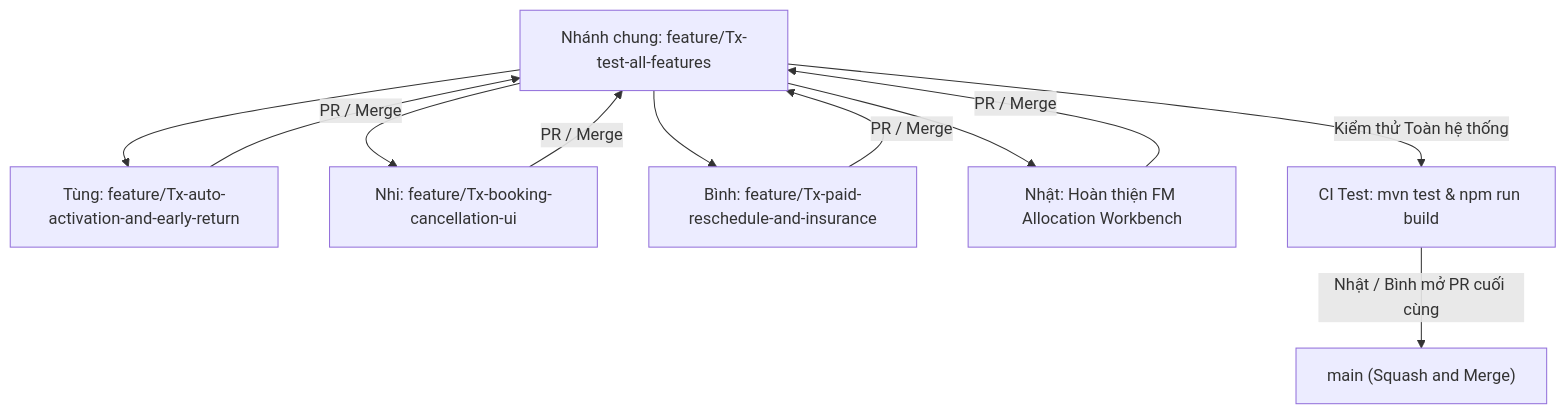
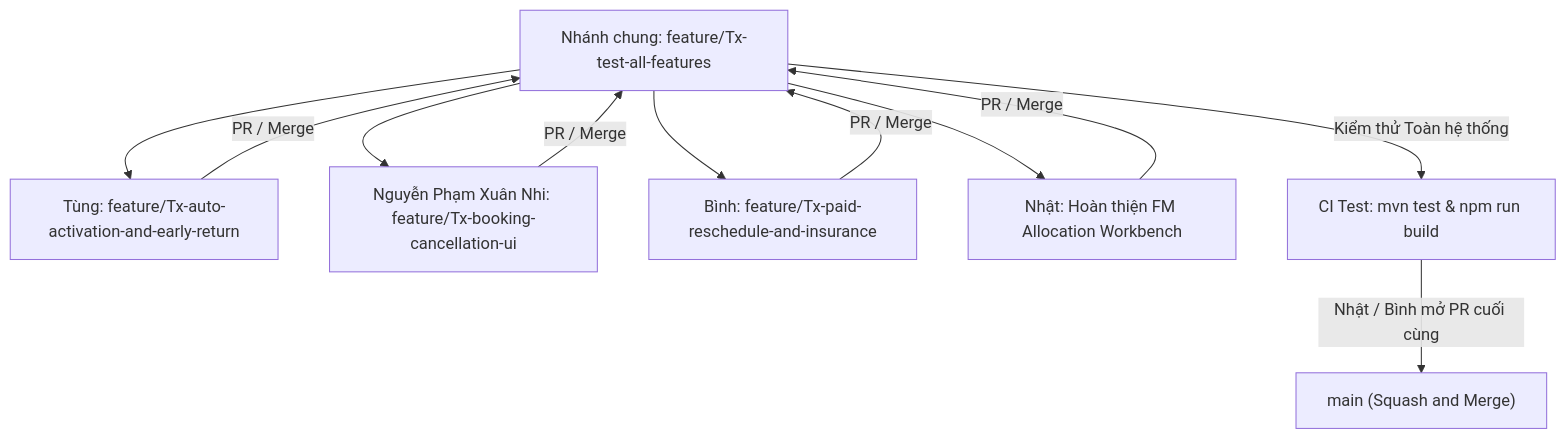
The diagram in docs/TASK-ASSIGNMENT-6-PILLARS.md (Nguyen-Van-Gia-Binh/Self-Storage-Facility-Rental-and-Management-System), drawn with Mermaid before and after one commit. The commit also changed other lines of this file and 1 other file, not shown here.

Commit message:
docs: chuẩn hóa họ tên Nguyễn Phạm Xuân Nhi trong kế hoạch 6 trụ cột (#268)

````diff
--- a/docs/TASK-ASSIGNMENT-6-PILLARS.md
+++ b/docs/TASK-ASSIGNMENT-6-PILLARS.md
@@ -15,15 +15,15 @@
 ```mermaid
 flowchart TD
     Base["Nhánh chung: feature/Tx-test-all-features"] --> BranchTung["Tùng: feature/Tx-auto-activation-and-early-return"]
-    Base --> BranchNhi["Nhi: feature/Tx-booking-cancellation-ui"]
+    Base --> BranchNhi["Nguyễn Phạm Xuân Nhi: feature/Tx-booking-cancellation-ui"]
     Base --> BranchBinh["Bình: feature/Tx-paid-reschedule-and-insurance"]
     Base --> BranchNhat["Nhật: Hoàn thiện FM Allocation Workbench"]
 
     BranchTung -->|PR / Merge| Base
     BranchNhi -->|PR / Merge| Base
     BranchBinh -->|PR / Merge| Base
     BranchNhat -->|PR / Merge| Base
 
     Base -->|Kiểm thử Toàn hệ thống| CI["CI Test: mvn test & npm run build"]
     CI -->|Nhật / Bình mở PR cuối cùng| Main["main (Squash and Merge)"]
 ```
````
